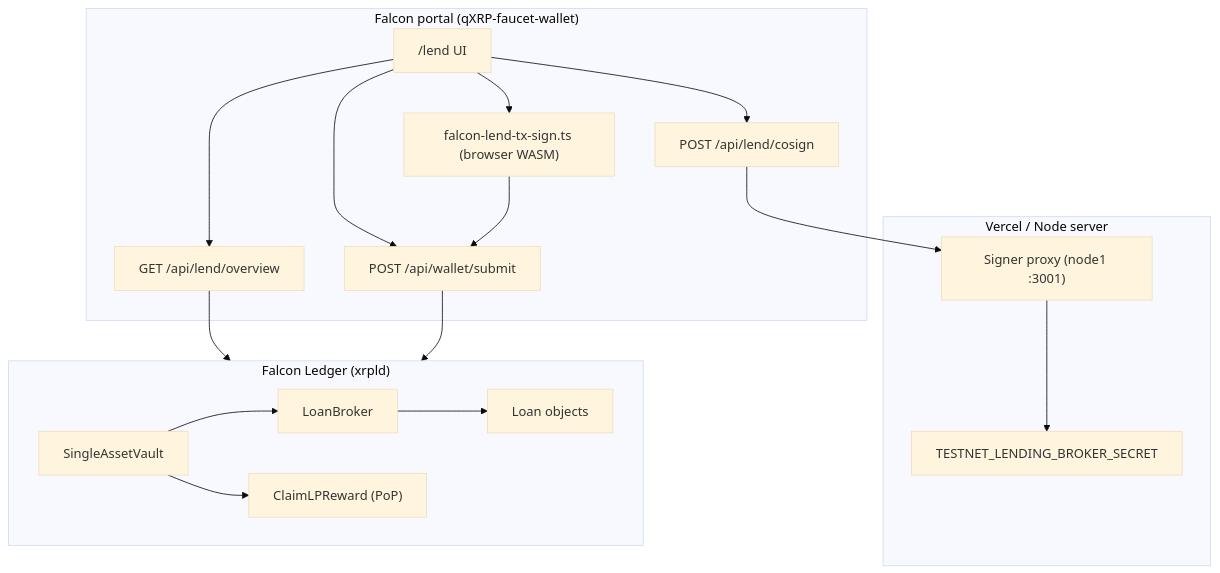
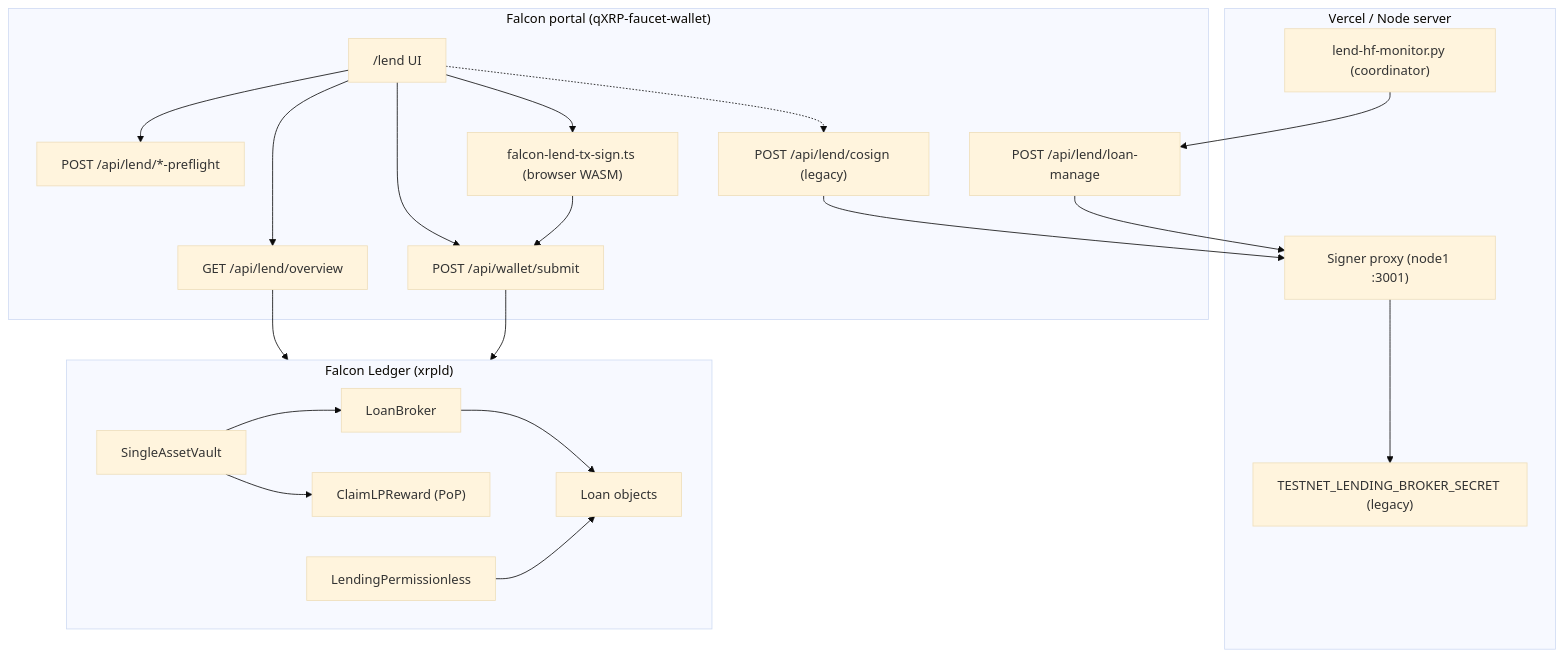
Before and after one commit to beartec-jpg/Falcon-faucet-wallet: the diagram in public/Docs/LENDING-IMPLEMENTATION-REPORT.md, drawn with Mermaid (base theme). The commit also changed other lines of this file and 10 other files, not shown here.

First line of the commit message:
docs(lend): permissionless-first report, PDF, and portal copy

````diff
--- a/public/Docs/LENDING-IMPLEMENTATION-REPORT.md
+++ b/public/Docs/LENDING-IMPLEMENTATION-REPORT.md
@@ -36,35 +51,43 @@
 ```mermaid
 flowchart TB
   subgraph Portal["Falcon portal (qXRP-faucet-wallet)"]
     LendUI["/lend UI"]
     OverviewAPI["GET /api/lend/overview"]
-    CosignAPI["POST /api/lend/cosign"]
+    PreflightAPI["POST /api/lend/*-preflight"]
+    CosignAPI["POST /api/lend/cosign (legacy)"]
+    LoanManageAPI["POST /api/lend/loan-manage"]
     SubmitAPI["POST /api/wallet/submit"]
     SignClient["falcon-lend-tx-sign.ts (browser WASM)"]
   end
 
   subgraph Server["Vercel / Node server"]
     SignerProxy["Signer proxy (node1 :3001)"]
-    BrokerSecret["TESTNET_LENDING_BROKER_SECRET"]
+    BrokerSecret["TESTNET_LENDING_BROKER_SECRET (legacy)"]
+    HFMonitor["lend-hf-monitor.py (coordinator)"]
   end
 
   subgraph Chain["Falcon Ledger (xrpld)"]
     Vault["SingleAssetVault"]
     Broker["LoanBroker"]
     Loan["Loan objects"]
     POP["ClaimLPReward (PoP)"]
+    Perm["LendingPermissionless"]
   end
 
   LendUI --> SignClient
   LendUI --> OverviewAPI
+  LendUI --> PreflightAPI
   LendUI --> SubmitAPI
-  LendUI --> CosignAPI
+  LendUI -.-> CosignAPI
   OverviewAPI --> Chain
   CosignAPI --> SignerProxy
   SignerProxy --> BrokerSecret
+  HFMonitor --> LoanManageAPI
+  LoanManageAPI --> SignerProxy
   SubmitAPI --> Chain
   SignClient --> SubmitAPI
   Vault --> Broker
   Broker --> Loan
   Vault --> POP
+  Perm --> Loan
 ```
````
